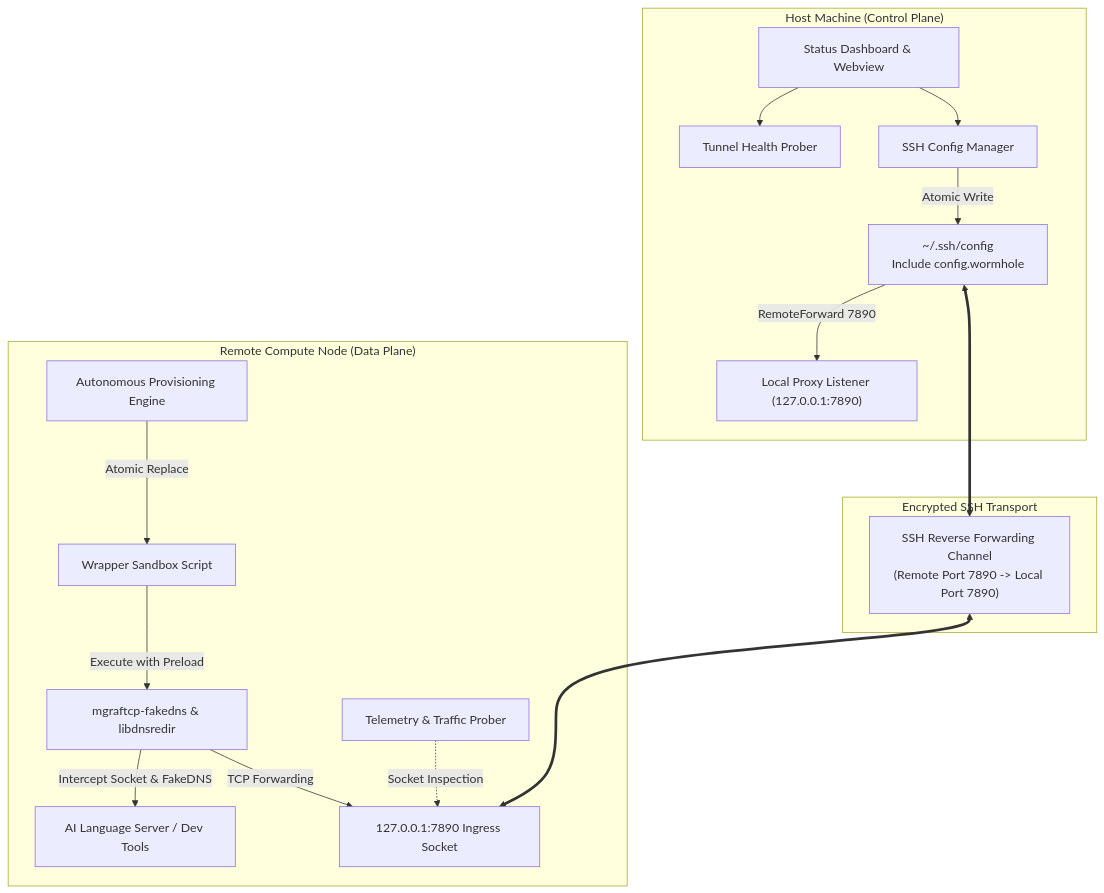
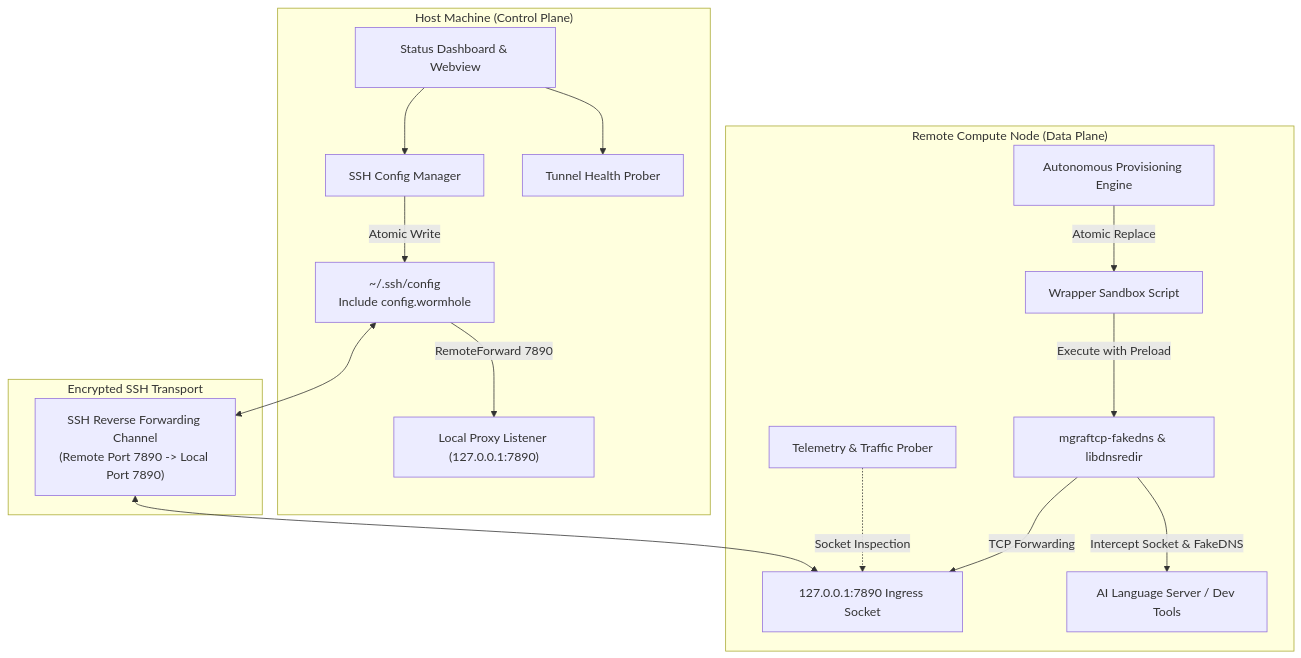
The first of 2 diagrams in ARCHITECTURE.md (yuanyangshi/ag-wormhole), drawn with Mermaid before and after one commit. The commit also changed 15 other files, not shown here.

Commit message:
docs and core: fix Mermaid diagram syntax, badges, and SSH resilience

````diff
--- a/ARCHITECTURE.md
+++ b/ARCHITECTURE.md
@@ -13,37 +13,37 @@
 ```mermaid
 graph TB
     subgraph Host_Control_Plane ["Host Machine (Control Plane)"]
         UI["Status Dashboard & Webview"]
         CfgMgr["SSH Config Manager"]
         TunMgr["Tunnel Health Prober"]
         SSH_Conf["~/.ssh/config\nInclude config.wormhole"]
         LocalProxy["Local Proxy Listener (127.0.0.1:7890)"]
 
         UI --> TunMgr
         UI --> CfgMgr
         CfgMgr -->|Atomic Write| SSH_Conf
         SSH_Conf -->|RemoteForward 7890| LocalProxy
     end
 
     subgraph SSH_Tunnel ["Encrypted SSH Transport"]
         SSH_Wire["SSH Reverse Forwarding Channel\n(Remote Port 7890 -> Local Port 7890)"]
     end
 
     subgraph Remote_Data_Plane ["Remote Compute Node (Data Plane)"]
         Ingress["127.0.0.1:7890 Ingress Socket"]
         AutoProv["Autonomous Provisioning Engine"]
         LS_Wrap["Wrapper Sandbox Script"]
         Engine["mgraftcp-fakedns & libdnsredir"]
         LS["AI Language Server / Dev Tools"]
         Telemetry["Telemetry & Traffic Prober"]
 
         AutoProv -->|Atomic Replace| LS_Wrap
         LS_Wrap -->|Execute with Preload| Engine
         Engine -->|Intercept Socket & FakeDNS| LS
         Engine -->|TCP Forwarding| Ingress
         Telemetry -.->|Socket Inspection| Ingress
     end
 
-    SSH_Conf <===> SSH_Wire
-    SSH_Wire <===> Ingress
+    SSH_Conf <--> SSH_Wire
+    SSH_Wire <--> Ingress
 ```
````
